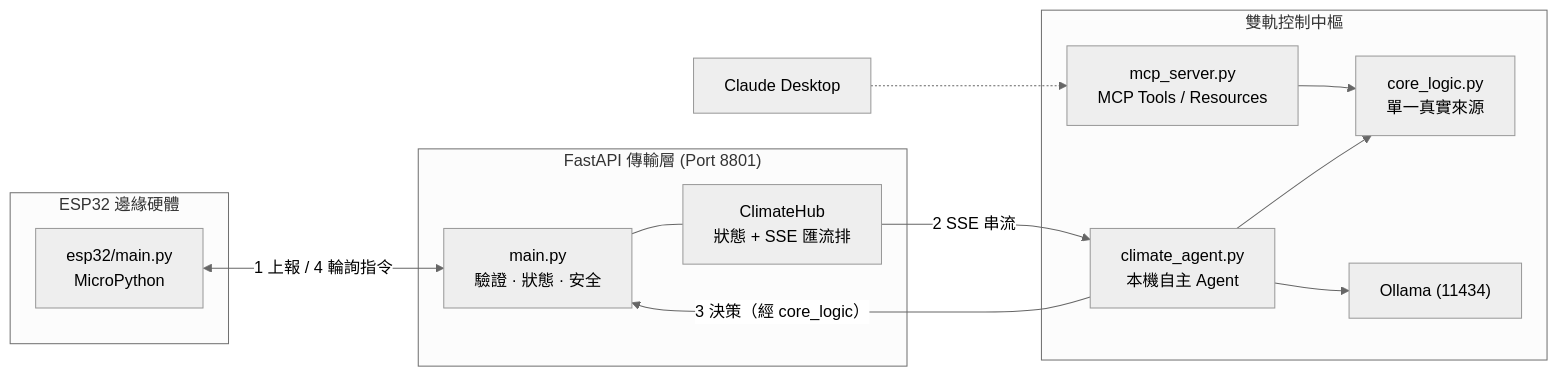
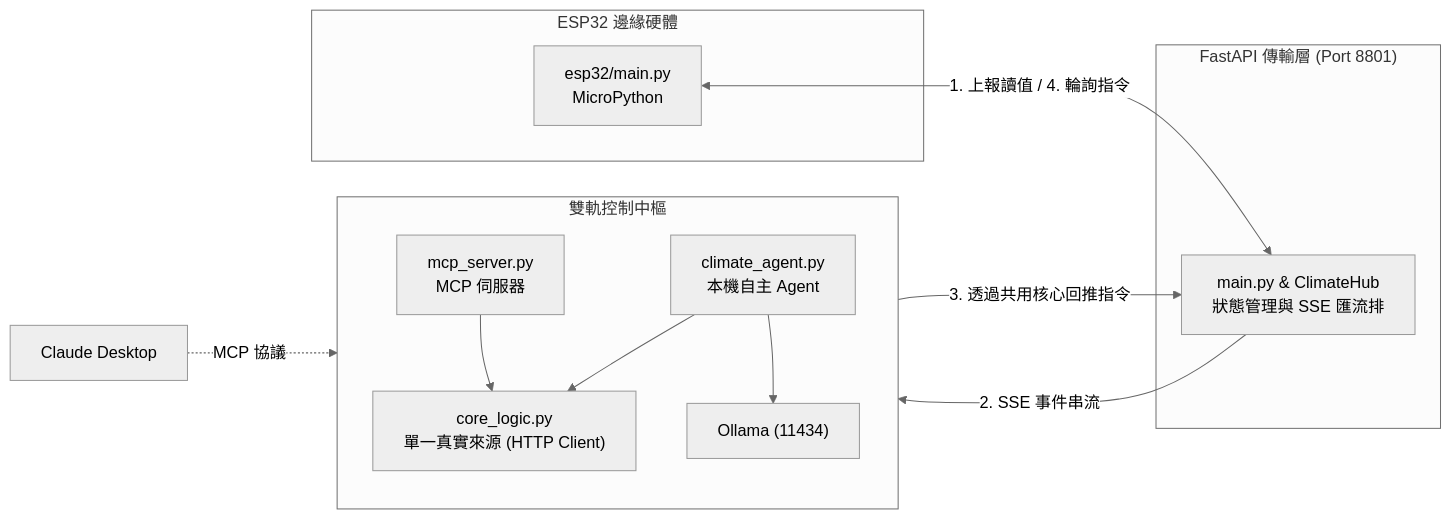
The diagram in README.md (laura-chou/esp32-mcp-climate-control), drawn with Mermaid (neutral theme) before and after one commit.

Commit message:
docs: simplify architecture diagram per review
- Merge main.py and ClimateHub into one transport node.
- Rename control-hub labels to plainer terms and mark core_logic as the
  shared HTTP client.
- Route step 3 from CORE (the shared core) back to the transport layer so
  the loop reads: report -> SSE -> decide -> poll.
- Label the Claude Desktop edge as the MCP protocol.

````diff
--- a/README.md
+++ b/README.md
@@ -10,27 +10,26 @@
 ```mermaid
 flowchart LR
     subgraph EDGE["ESP32 邊緣硬體"]
         FW["esp32/main.py<br/>MicroPython"]
     end
 
     subgraph TRANSPORT["FastAPI 傳輸層 (Port 8801)"]
-        API["main.py<br/>驗證 · 狀態 · 安全"]
-        HUB["ClimateHub<br/>狀態 + SSE 匯流排"]
-        API --- HUB
+        API["main.py & ClimateHub<br/>狀態管理與 SSE 匯流排"]
     end
 
     subgraph CONTROL["雙軌控制中樞"]
-        MCP["mcp_server.py<br/>MCP Tools / Resources"]
+        direction TB
+        MCP["mcp_server.py<br/>MCP 伺服器"]
         AGENT["climate_agent.py<br/>本機自主 Agent"]
-        CORE["core_logic.py<br/>單一真實來源"]
         OLLAMA["Ollama (11434)"]
+        CORE["core_logic.py<br/>單一真實來源 (HTTP Client)"]
         MCP --> CORE
         AGENT --> CORE
         AGENT --> OLLAMA
     end
 
-    FW <-->|"1 上報 / 4 輪詢指令"| API
-    HUB -->|"2 SSE 串流"| AGENT
-    AGENT -->|"3 決策（經 core_logic）"| API
-    CLAUDE["Claude Desktop"] -.-> MCP
+    FW <-->|"1. 上報讀值 / 4. 輪詢指令"| API
+    API -->|"2. SSE 事件串流"| AGENT
+    CORE -->|"3. 透過共用核心回推指令"| API
+    CLAUDE["Claude Desktop"] -.->|"MCP 協議"| MCP
 ```
````
